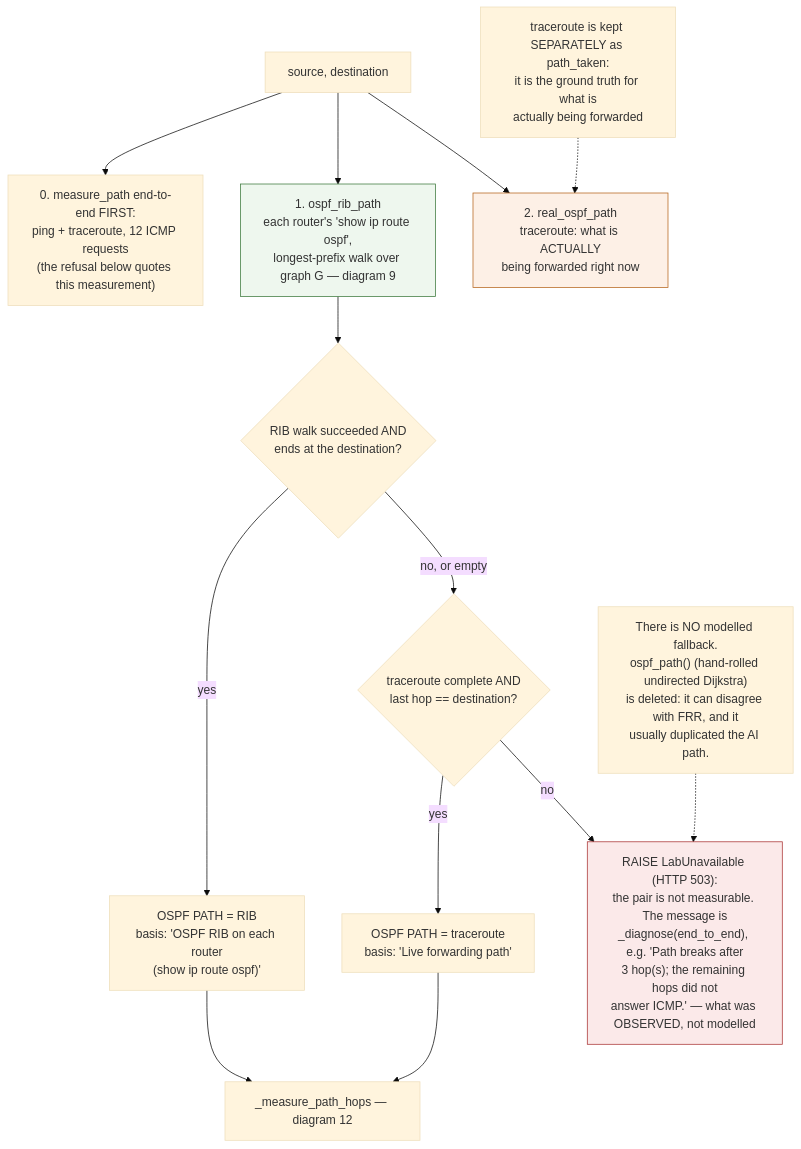
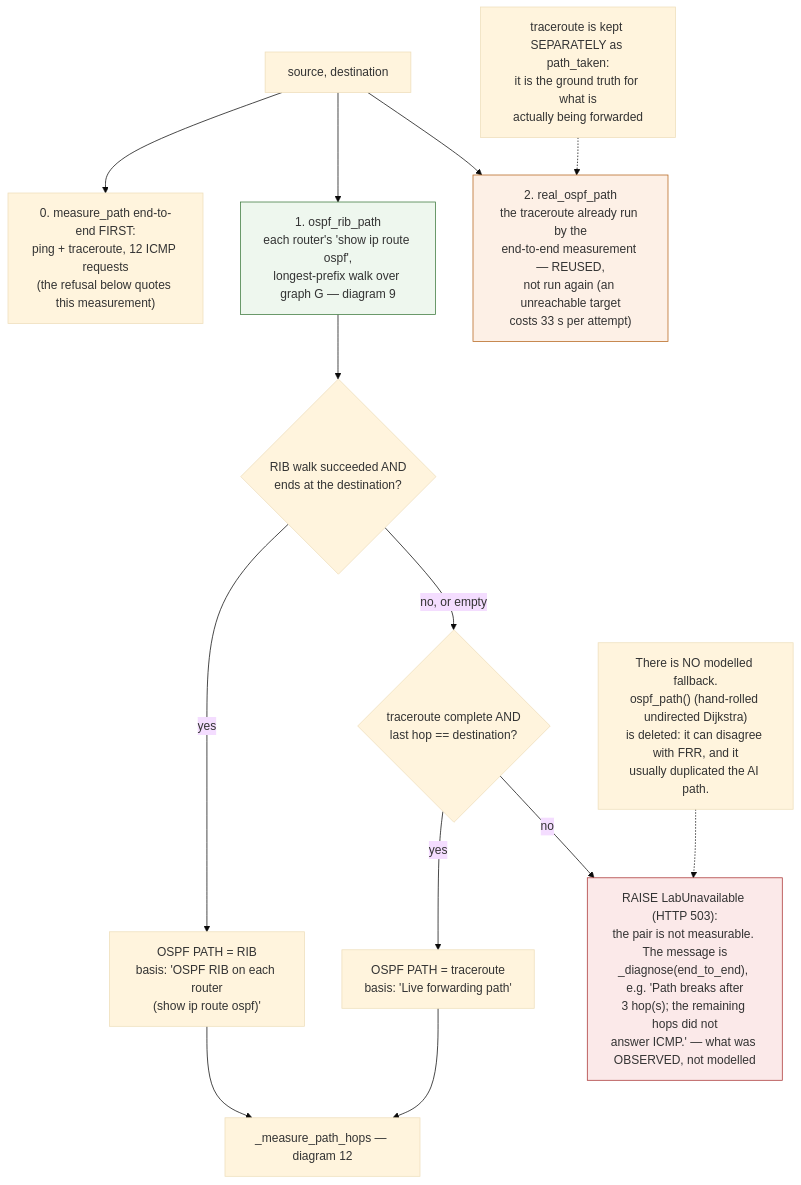
The ninth of 23 diagrams in docs/ALGORITHM_FLOWCHARTS.md (bhavshetty2003-gif/NetRouteAI), drawn with Mermaid (base theme) before and after one commit. The commit also changed other lines of this file and 36 other files, not shown here.

First line of the commit message:
Harden the lab, the accounts and the measurement path

````diff
--- a/docs/ALGORITHM_FLOWCHARTS.md
+++ b/docs/ALGORITHM_FLOWCHARTS.md
@@ -600,22 +704,22 @@
 ```mermaid
 flowchart TD
     SRC["source, destination"] --> E2E["0. measure_path end-to-end FIRST:<br/>ping + traceroute, 12 ICMP requests<br/>(the refusal below quotes this measurement)"]
     SRC --> RIB["1. ospf_rib_path<br/>each router's 'show ip route ospf',<br/>longest-prefix walk over graph G — diagram 9"]
-    SRC --> TRACE["2. real_ospf_path<br/>traceroute: what is ACTUALLY<br/>being forwarded right now"]
+    SRC --> TRACE["2. real_ospf_path<br/>the traceroute already run by the<br/>end-to-end measurement — REUSED,<br/>not run again (an unreachable target<br/>costs 33 s per attempt)"]
 
     RIB --> RIBOK{"RIB walk succeeded AND<br/>ends at the destination?"}
     RIBOK -- yes --> PICK1["OSPF PATH = RIB<br/>basis: 'OSPF RIB on each router<br/>(show ip route ospf)'"]
     RIBOK -- "no, or empty" --> TOK{"traceroute complete AND<br/>last hop == destination?"}
     TOK -- yes --> PICK2["OSPF PATH = traceroute<br/>basis: 'Live forwarding path'"]
     TOK -- no --> RAISE["RAISE LabUnavailable (HTTP 503):<br/>the pair is not measurable. The message is<br/>_diagnose(end_to_end), e.g. 'Path breaks after<br/>3 hop(s); the remaining hops did not<br/>answer ICMP.' — what was OBSERVED, not modelled"]
 
     PICK1 --> MEAS["_measure_path_hops — diagram 12"]
     PICK2 --> MEAS
 
     NOTE["traceroute is kept SEPARATELY as path_taken:<br/>it is the ground truth for what is<br/>actually being forwarded"] -.-> TRACE
     KILL["There is NO modelled fallback.<br/>ospf_path() (hand-rolled undirected Dijkstra)<br/>is deleted: it can disagree with FRR, and it<br/>usually duplicated the AI path."] -.-> RAISE
 
     style RIB fill:#eef7ee,stroke:#3d7a3d
     style TRACE fill:#fdf0e6,stroke:#b5651d
     style RAISE fill:#fbe9e9,stroke:#a33
 ```
````
